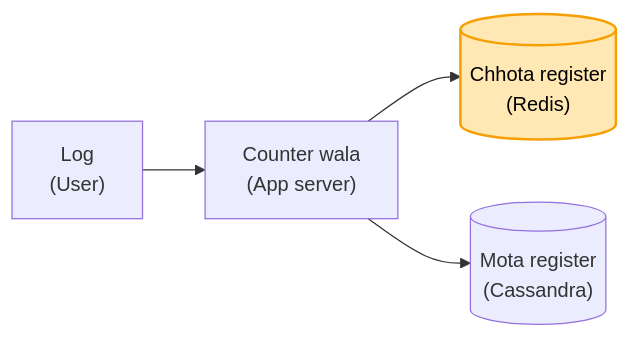
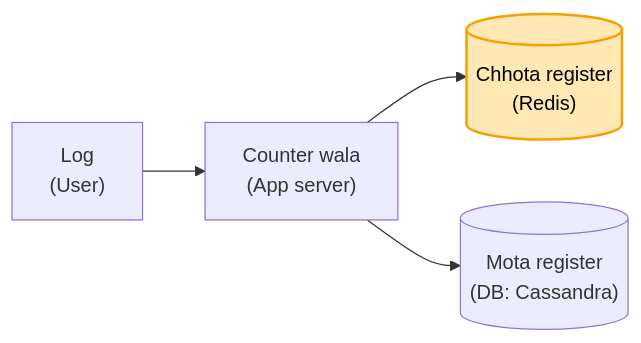
Before and after one commit to ArpanMaheshwari144/Prep: the third of 11 diagrams in 04_HLD/SYSTEM_DESIGNS/01_url_shortener/01_url_shortener.md, drawn with Mermaid. The commit also changed other lines of this file and 17 other files, not shown here.

Commit message:
HLD: 17 main files hand notes se milaye (har block alag section, kahani + asli naam, mermaid), technical naam bhi rakhe

````diff
--- a/04_HLD/SYSTEM_DESIGNS/01_url_shortener/01_url_shortener.md
+++ b/04_HLD/SYSTEM_DESIGNS/01_url_shortener/01_url_shortener.md
@@ -54,7 +67,7 @@
 ```mermaid
 flowchart LR
     U["Log<br/>(User)"] --> C["Counter wala<br/>(App server)"]
     C --> R[("Chhota register<br/>(Redis)")]
-    C --> D[("Mota register<br/>(Cassandra)")]
+    C --> D[("Mota register<br/>(DB: Cassandra)")]
     style R fill:#ffe8b3,stroke:#f59f00,stroke-width:2px,color:#000
 ```
````
